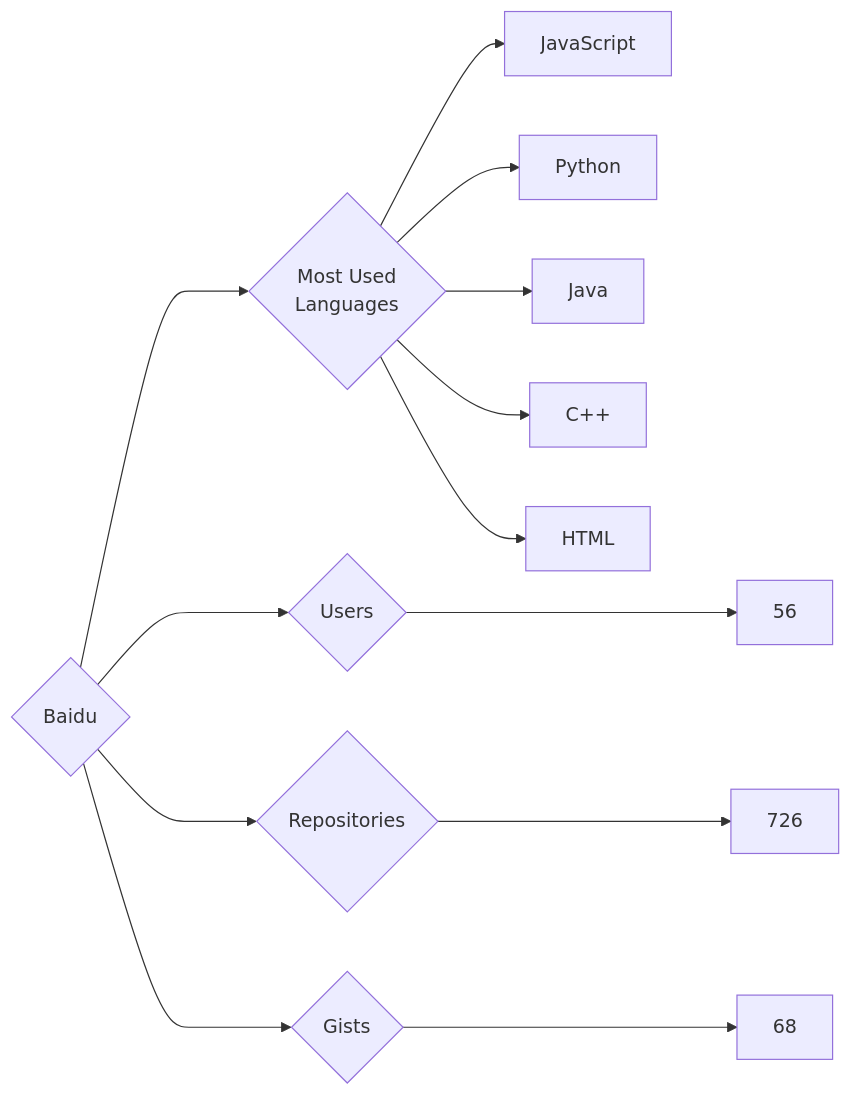
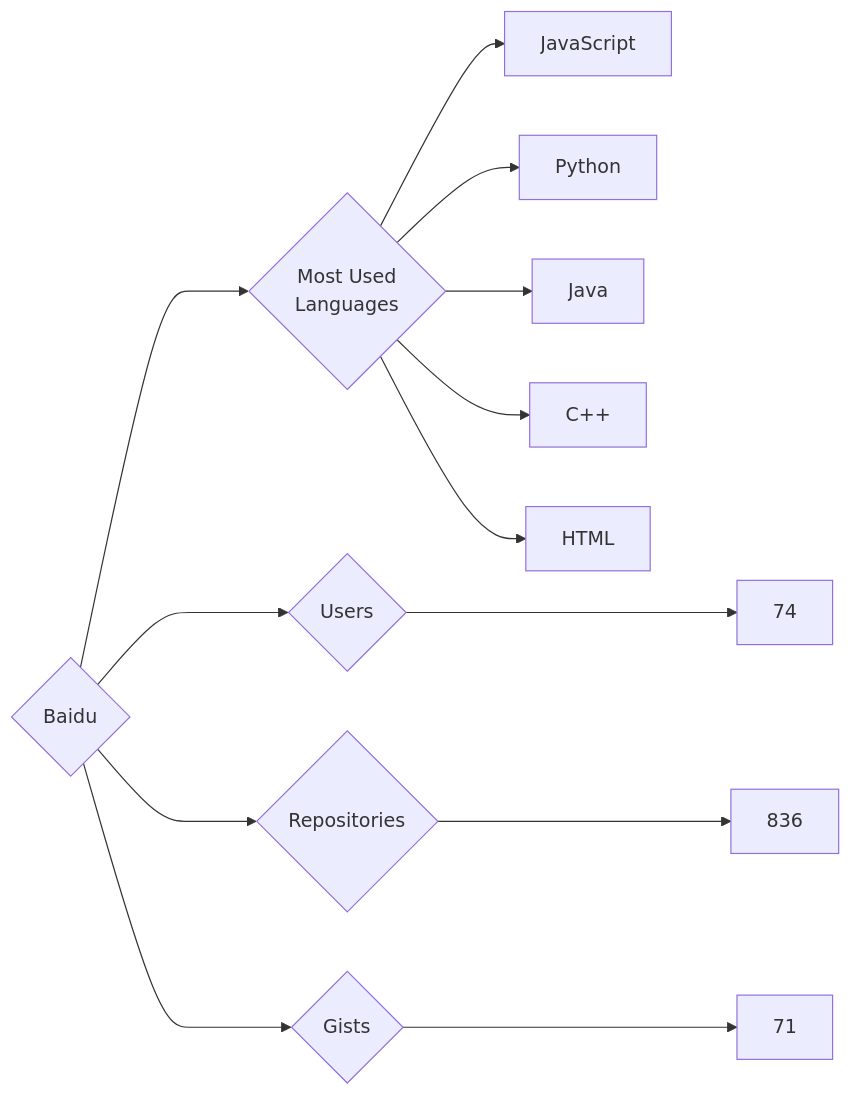
The diagram in targets/Baidu/README.md (trickest/insiders), drawn with Mermaid before and after one commit. The commit also changed 953 other files, not shown here.

````diff
--- a/targets/Baidu/README.md
+++ b/targets/Baidu/README.md
@@ -3,13 +3,13 @@
 ```mermaid
 graph LR
 COMPANY_NAME{Baidu}
-COMPANY_NAME ---> U{Users} ---> UN[56]
-COMPANY_NAME ---> R{Repositories} ---> RN[726]
-COMPANY_NAME ---> G{Gists} ---> GN[68]
+COMPANY_NAME ---> U{Users} ---> UN[74]
+COMPANY_NAME ---> R{Repositories} ---> RN[836]
+COMPANY_NAME ---> G{Gists} ---> GN[71]
 COMPANY_NAME ---> ML{Most Used<br>Languages}
 ML --> JavaScript[JavaScript]
 ML --> Python[Python]
 ML --> Java[Java]
 ML --> C++[C++]
 ML --> HTML[HTML]
 ```
````
